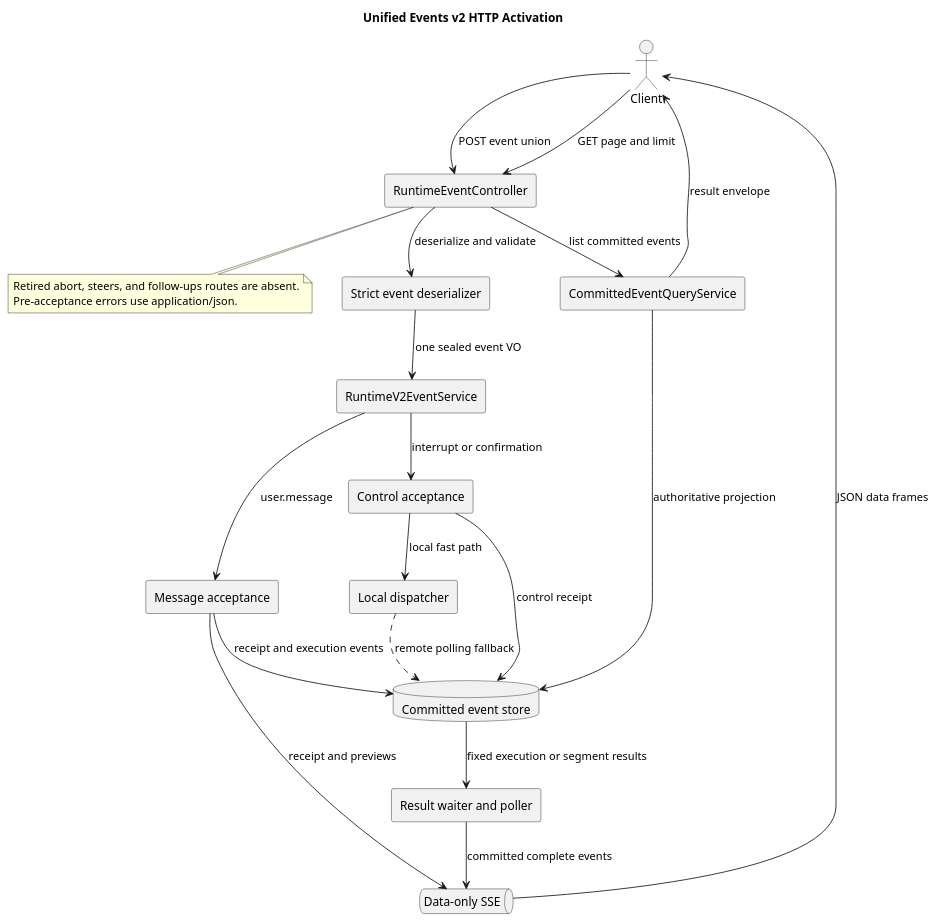
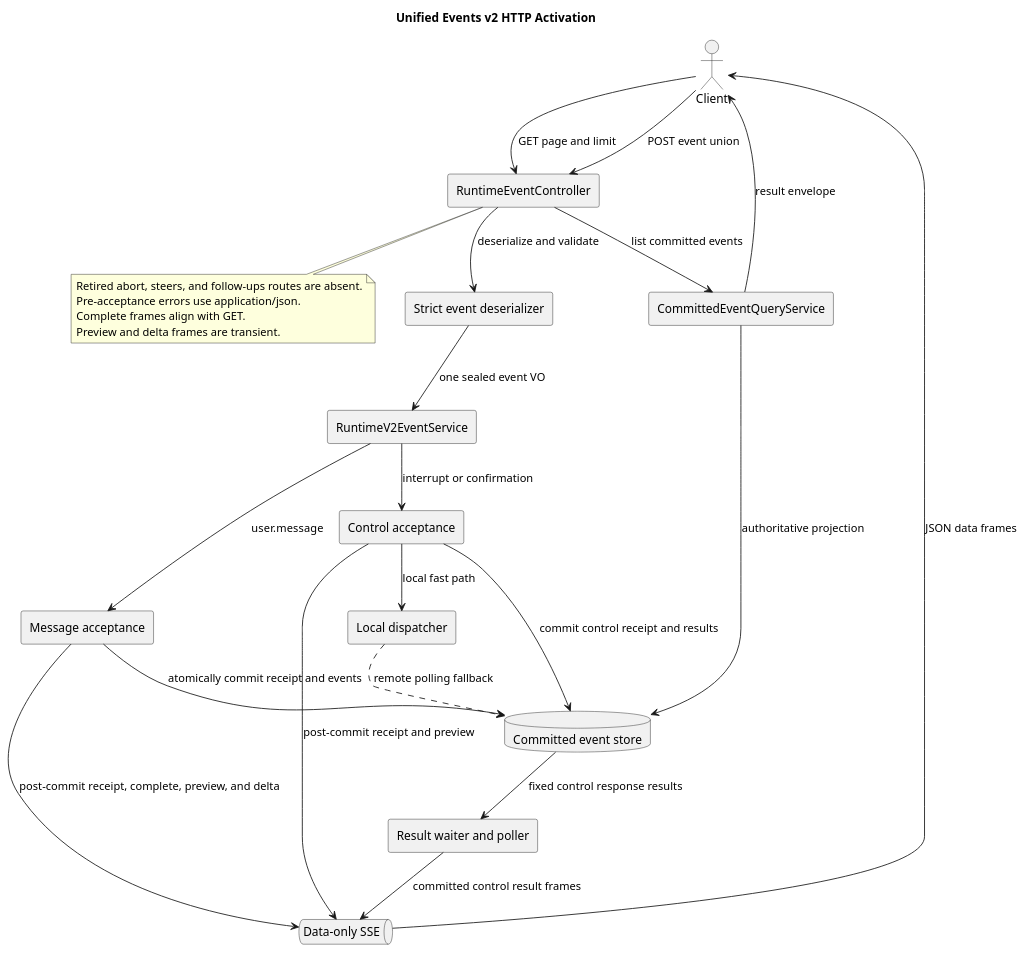
Before and after one commit to 2862282695gjh-afk/pi-mono-java: the diagram in docs/designs/runtime-events-http-v2/diagram.puml, drawn with PlantUML. The commit also changed 3 other files, not shown here.

```diff
--- a/docs/designs/runtime-events-http-v2/diagram.puml
+++ b/docs/designs/runtime-events-http-v2/diagram.puml
@@ -1,50 +1,53 @@
 @startuml unified_events_http
 title Unified Events v2 HTTP Activation
 ' Contract baseline: pi-mono-java-design 2ee2a3211da68ad87b0d9cab353e691b00bdaebd
 ' Java baseline: ffab13a69127e5e605df3b0319bf19f55f0e1d3f
-' Implementation tip: 77348ee9e2e6d8b68cf2a86572b09754eeb6ae49
+' Implementation tip: b6d490a130f8483b1047c661b39c904e5c309dae
 ' Source: modules/coding-agent-cli/src/main/java/com/campusclaw/codingagent/runtimeapi/web/RuntimeEventController.java#submit and list
 ' Source: modules/coding-agent-cli/src/main/java/com/campusclaw/codingagent/runtimeapi/event/RuntimeV2EventService.java#submit
 ' Source: modules/coding-agent-cli/src/main/java/com/campusclaw/codingagent/runtimeapi/event/RuntimeResultBackedEventOutput.java#emit
 ' Source: modules/coding-agent-cli/src/main/java/com/campusclaw/codingagent/runtimeapi/web/RuntimeExceptionHandler.java#response
 ' Pi source: packages/server/src/sessions.ts#LiveSessionManager.executeCommand at 4af9d21d3b4d664e4a29fcabfec85171077248e3
 ' Observed behavior: the Java controller activates one strict union endpoint and one authoritative history endpoint.
 ' Design reason: request shape, data-only streaming, history projection, and route retirement must change atomically.
 ' Java divergence: cross-process controls and committed public events are CampusClaw architecture changes.
 skinparam componentStyle rectangle
 actor "Client" as client
 component "RuntimeEventController" as controller
 component "Strict event deserializer" as decoder
 component "RuntimeV2EventService" as service
 component "Message acceptance" as message
 component "Control acceptance" as control
 component "Local dispatcher" as dispatcher
 database "Committed event store" as store
 component "Result waiter and poller" as result
 queue "Data-only SSE" as sse
 component "CommittedEventQueryService" as query
 
 client --> controller : POST event union
 controller --> decoder : deserialize and validate
 decoder --> service : one sealed event VO
 service --> message : user.message
 service --> control : interrupt or confirmation
 control --> dispatcher : local fast path
 dispatcher ..> store : remote polling fallback
-message --> store : receipt and execution events
-control --> store : control receipt
-store --> result : fixed execution or segment results
-result --> sse : committed complete events
-message --> sse : receipt and previews
+message --> store : atomically commit receipt and events
+message --> sse : post-commit receipt, complete, preview, and delta
+control --> store : commit control receipt and results
+control --> sse : post-commit receipt and preview
+store --> result : fixed control response results
+result --> sse : committed control result frames
 sse --> client : JSON data frames
 
 client --> controller : GET page and limit
 controller --> query : list committed events
 query --> store : authoritative projection
 query --> client : result envelope
 
 note bottom of controller
 Retired abort, steers, and follow-ups routes are absent.
 Pre-acceptance errors use application/json.
+Complete frames align with GET.
+Preview and delta frames are transient.
 end note
 @enduml
```
